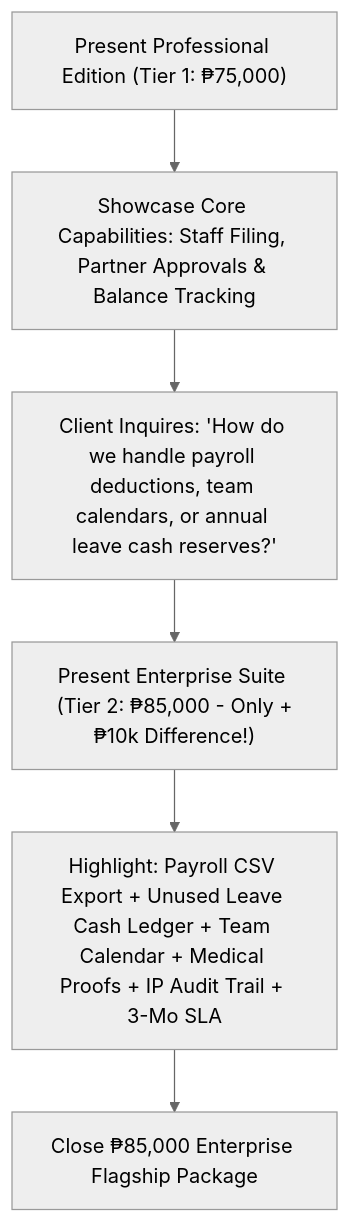
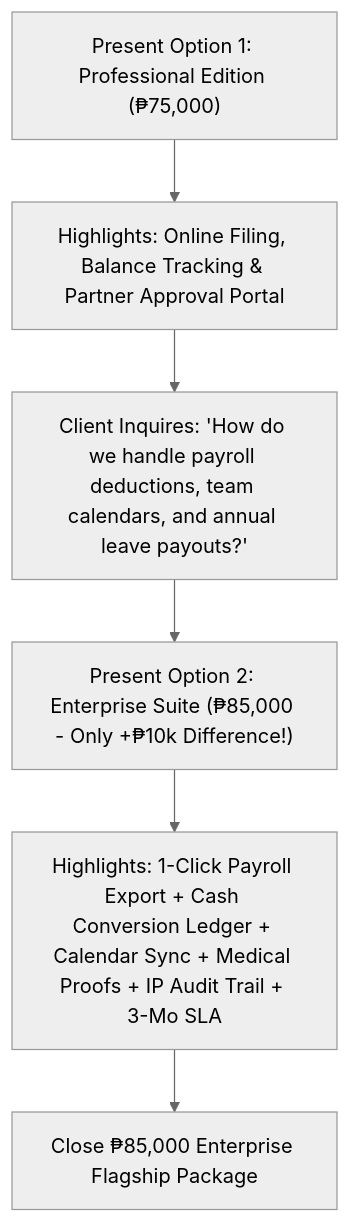
One commit to ggaaiiaaaaaa/leave-management changed the diagram in PROPOSAL_TIERS.md. Above: the diagram before and after it, drawn with Mermaid (neutral theme). The commit also changed other lines of this file and 2 other files, not shown here.

````diff
--- a/PROPOSAL_TIERS.md
+++ b/PROPOSAL_TIERS.md
@@ -106,8 +96,8 @@
 ```mermaid
 graph TD
-    A["Present Professional Edition (Tier 1: ₱75,000)"] --> B["Showcase Core Capabilities: Staff Filing, Partner Approvals & Balance Tracking"]
-    B --> C["Client Inquires: 'How do we handle payroll deductions, team calendars, or annual leave cash reserves?'"]
-    C --> D["Present Enterprise Suite (Tier 2: ₱85,000 - Only +₱10k Difference!)"]
-    D --> E["Highlight: Payroll CSV Export + Unused Leave Cash Ledger + Team Calendar + Medical Proofs + IP Audit Trail + 3-Mo SLA"]
+    A["Present Option 1: Professional Edition (₱75,000)"] --> B["Highlights: Online Filing, Balance Tracking & Partner Approval Portal"]
+    B --> C["Client Inquires: 'How do we handle payroll deductions, team calendars, and annual leave payouts?'"]
+    C --> D["Present Option 2: Enterprise Suite (₱85,000 - Only +₱10k Difference!)"]
+    D --> E["Highlights: 1-Click Payroll Export + Cash Conversion Ledger + Calendar Sync + Medical Proofs + IP Audit Trail + 3-Mo SLA"]
     E --> F["Close ₱85,000 Enterprise Flagship Package"]
 ```
````
